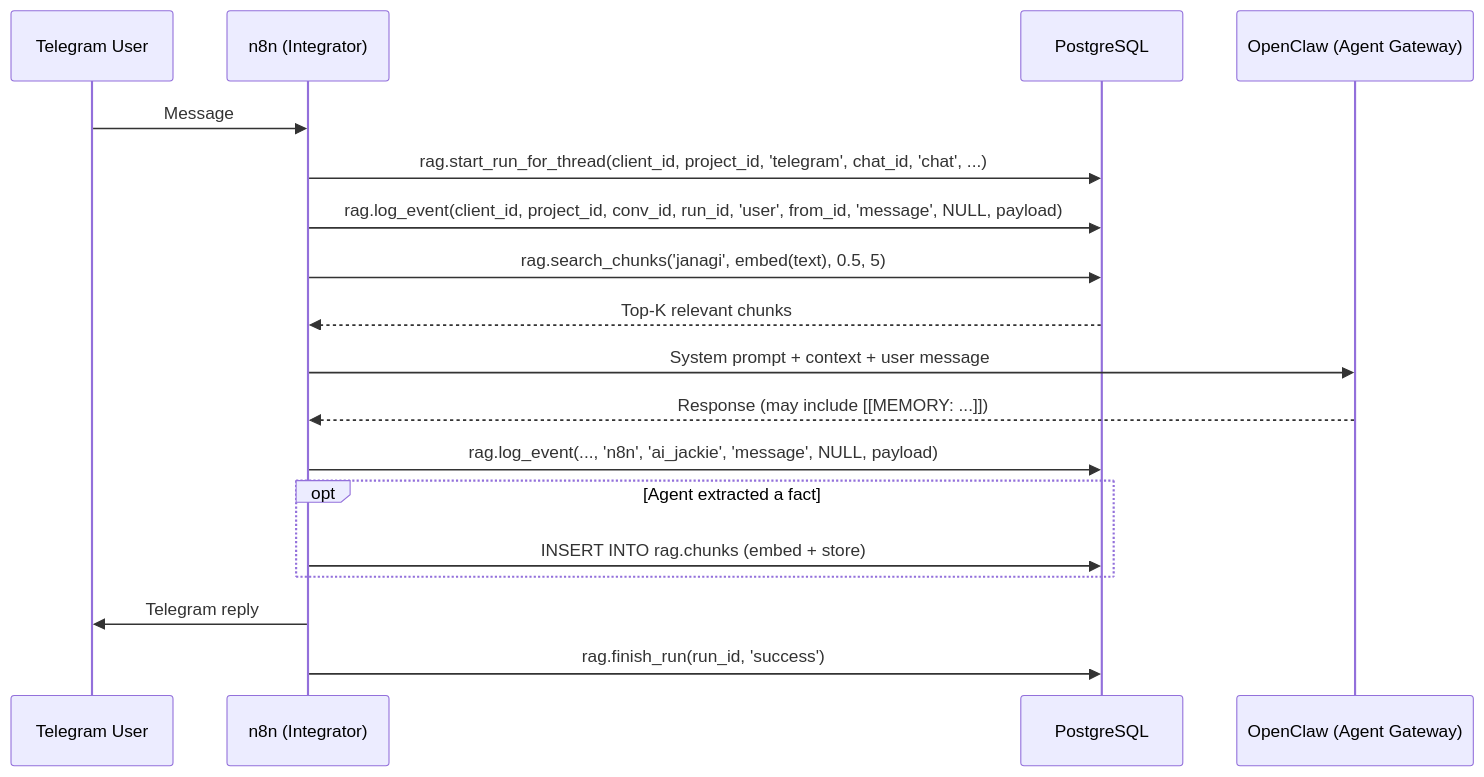
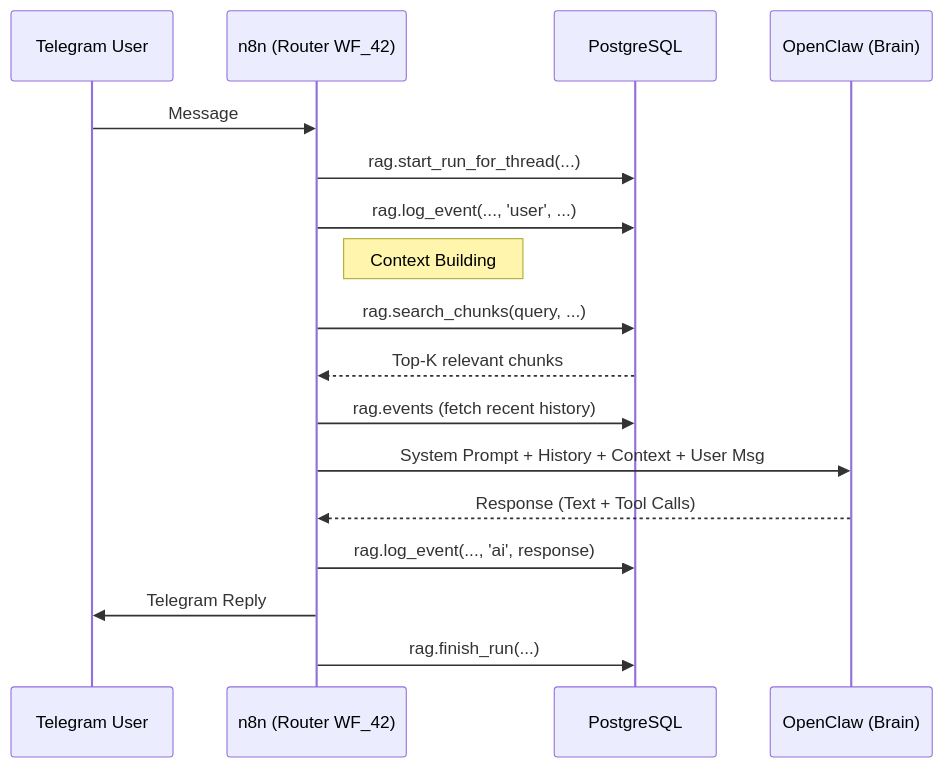
One commit to HonzaHezina/janAGI changed the diagram in ops/docs/MEMORY_ARCHITECTURE.md. Above: the diagram before and after it, drawn with Mermaid. The commit also changed other lines of this file and 5 other files, not shown here.

First line of the commit message:
Add skeleton workflows for message ingestion, hunter run, analyst draft approval, executor approval, and Jackie Telegram assistant

````diff
--- a/ops/docs/MEMORY_ARCHITECTURE.md
+++ b/ops/docs/MEMORY_ARCHITECTURE.md
@@ -34,23 +34,23 @@
 ```mermaid
 sequenceDiagram
     participant U as Telegram User
-    participant N as n8n (Integrator)
+    participant N as n8n (Router WF_42)
     participant DB as PostgreSQL
-    participant AI as OpenClaw (Agent Gateway)
+    participant AI as OpenClaw (Brain)
 
     U->>N: Message
-    N->>DB: rag.start_run_for_thread(client_id, project_id, 'telegram', chat_id, 'chat', ...)
-    N->>DB: rag.log_event(client_id, project_id, conv_id, run_id, 'user', from_id, 'message', NULL, payload)
-    N->>DB: rag.search_chunks('janagi', embed(text), 0.5, 5)
+    N->>DB: rag.start_run_for_thread(...)
+    N->>DB: rag.log_event(..., 'user', ...)
+    
+    note right of N: Context Building
+    N->>DB: rag.search_chunks(query, ...)
     DB-->>N: Top-K relevant chunks
-    N->>AI: System prompt + context + user message
-    AI-->>N: Response (may include [[MEMORY: ...]])
-    N->>DB: rag.log_event(..., 'n8n', 'ai_jackie', 'message', NULL, payload)
+    N->>DB: rag.events (fetch recent history)
     
-    opt Agent extracted a fact
-        N->>DB: INSERT INTO rag.chunks (embed + store)
-    end
+    N->>AI: System Prompt + History + Context + User Msg
+    AI-->>N: Response (Text + Tool Calls)
     
-    N->>U: Telegram reply
-    N->>DB: rag.finish_run(run_id, 'success')
+    N->>DB: rag.log_event(..., 'ai', response)
+    N->>U: Telegram Reply
+    N->>DB: rag.finish_run(...)
 ```
````
